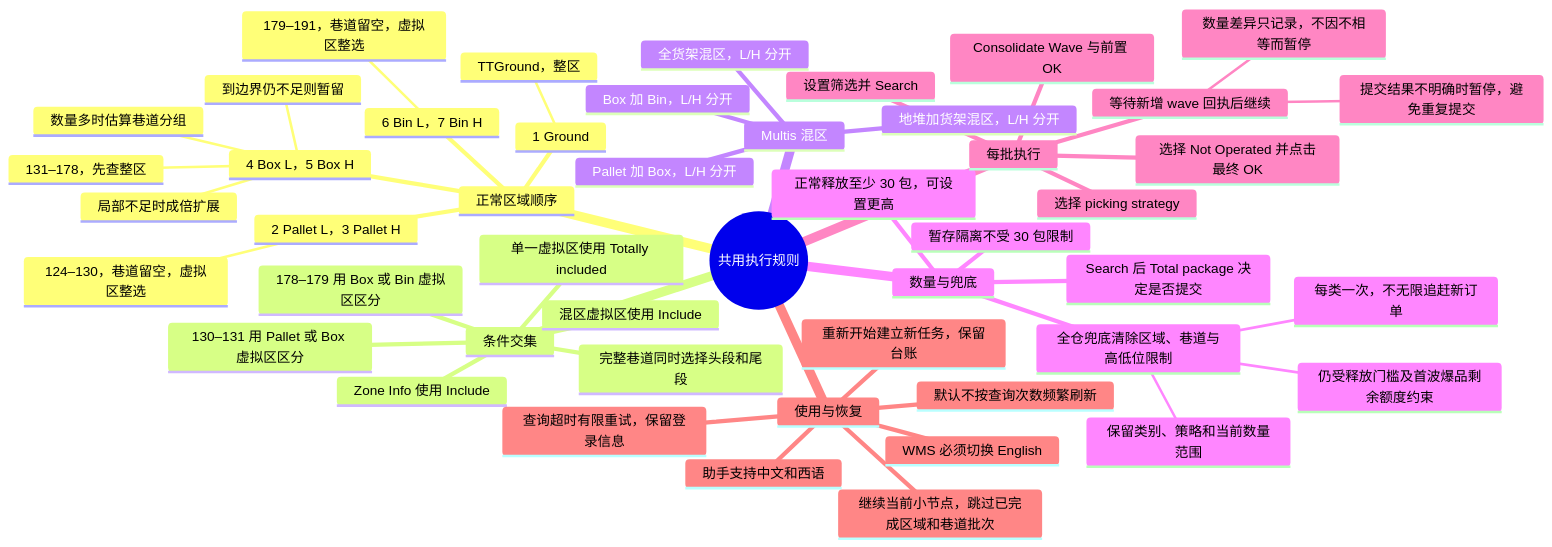
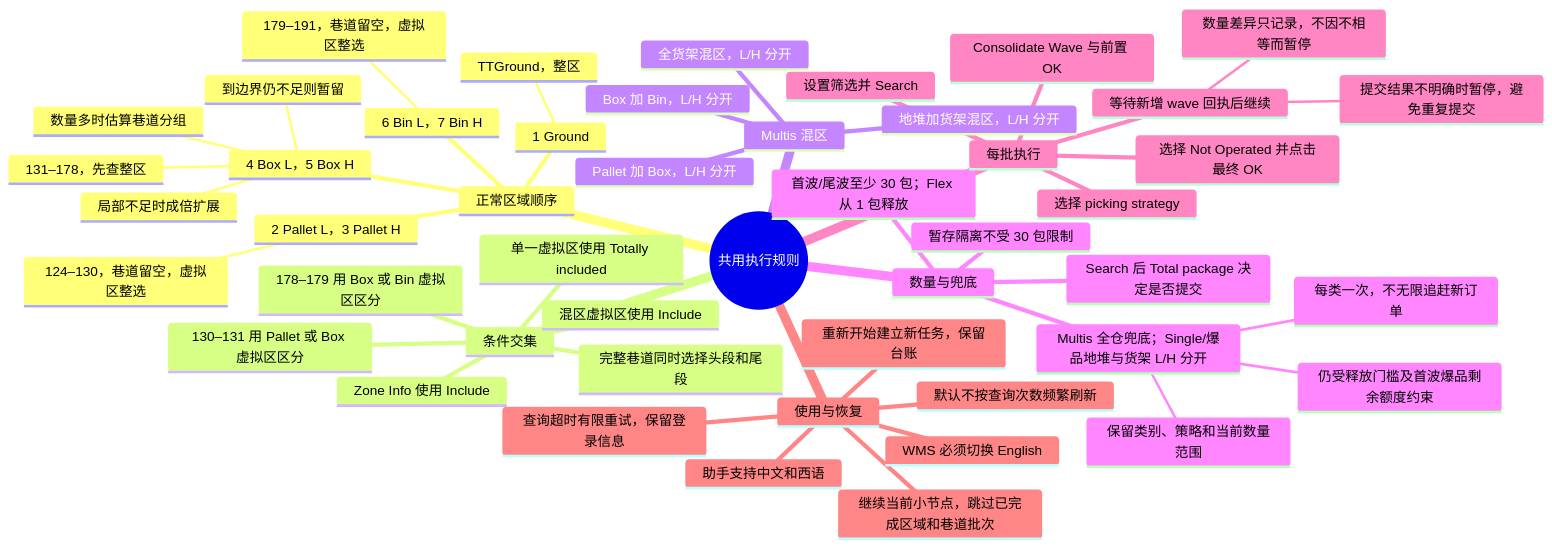
One commit to DongChenGG/GUC_WaveConsolidation changed the second of 2 diagrams in README.md. Above: the diagram before and after it, drawn with Mermaid. The commit also changed other lines of this file and 1 other file, not shown here.

Commit message:
Fix v0.8.2 time picker scrolling, separated fallback and Flex minimum

````diff
--- a/README.md
+++ b/README.md
@@ -114,51 +120,51 @@
 ```mermaid
 mindmap
   root((共用执行规则))
     正常区域顺序
       1 Ground
         TTGround，整区
       2 Pallet L，3 Pallet H
         124–130，巷道留空，虚拟区整选
       4 Box L，5 Box H
         131–178，先查整区
         数量多时估算巷道分组
         局部不足时成倍扩展
         到边界仍不足则暂留
       6 Bin L，7 Bin H
         179–191，巷道留空，虚拟区整选
     条件交集
       Zone Info 使用 Include
       单一虚拟区使用 Totally included
       混区虚拟区使用 Include
       130–131 用 Pallet 或 Box 虚拟区区分
       178–179 用 Box 或 Bin 虚拟区区分
       完整巷道同时选择头段和尾段
     Multis 混区
       Pallet 加 Box，L/H 分开
       Box 加 Bin，L/H 分开
       全货架混区，L/H 分开
       地堆加货架混区，L/H 分开
     数量与兜底
       Search 后 Total package 决定是否提交
-      正常释放至少 30 包，可设置更高
+      首波/尾波至少 30 包；Flex 从 1 包释放
       暂存隔离不受 30 包限制
-      全仓兜底清除区域、巷道与高低位限制
+      Multis 全仓兜底；Single/爆品地堆与货架 L/H 分开
         保留类别、策略和当前数量范围
         仍受释放门槛及首波爆品剩余额度约束
         每类一次，不无限追赶新订单
     每批执行
       设置筛选并 Search
       Consolidate Wave 与前置 OK
       选择 picking strategy
       选择 Not Operated 并点击最终 OK
       等待新增 wave 回执后继续
         数量差异只记录，不因不相等而暂停
         提交结果不明确时暂停，避免重复提交
     使用与恢复
       WMS 必须切换 English
       助手支持中文和西语
       默认不按查询次数频繁刷新
       查询超时有限重试，保留登录信息
       重新开始建立新任务，保留台账
       继续当前小节点，跳过已完成区域和巷道批次
 ```
````
